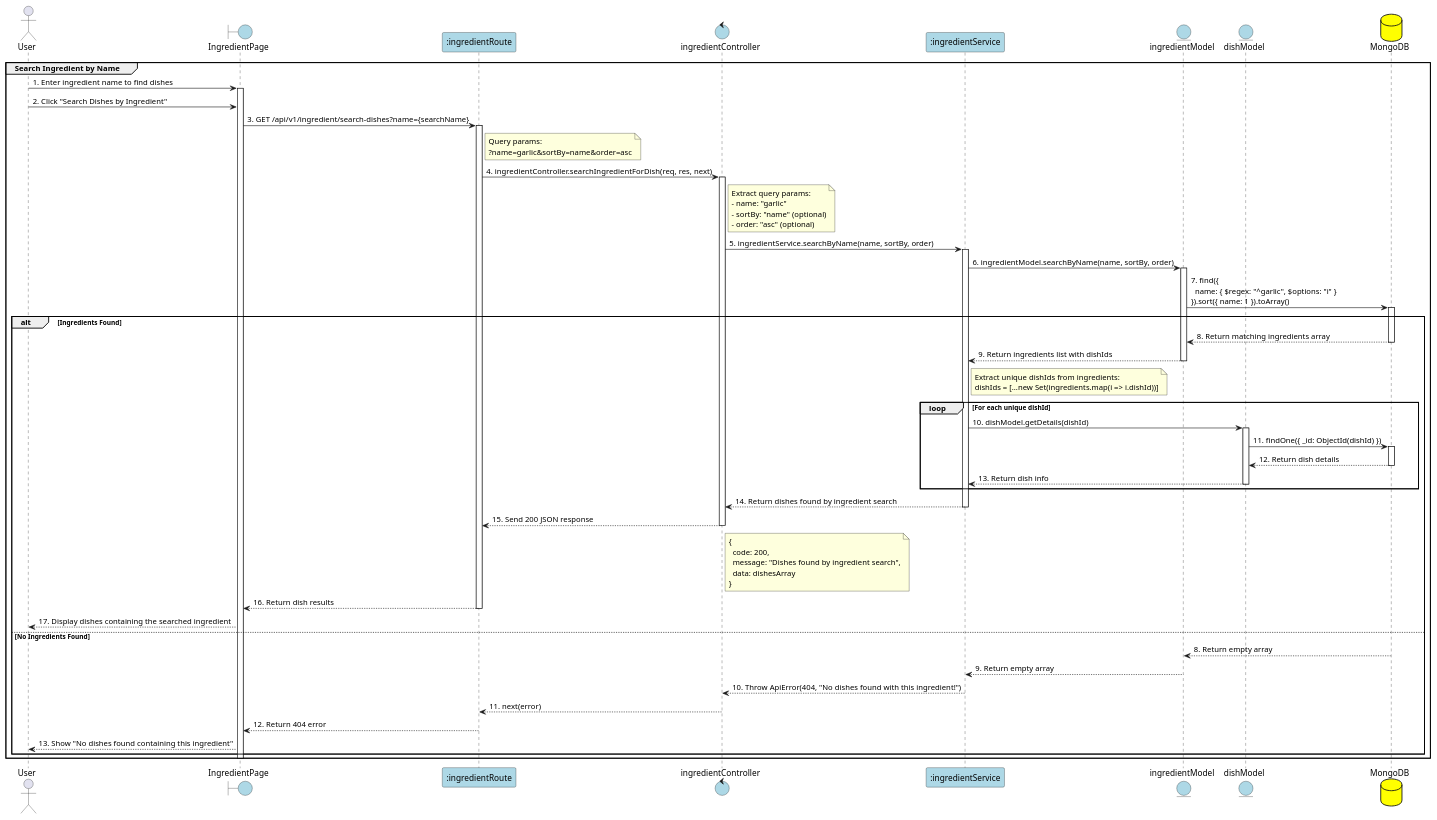
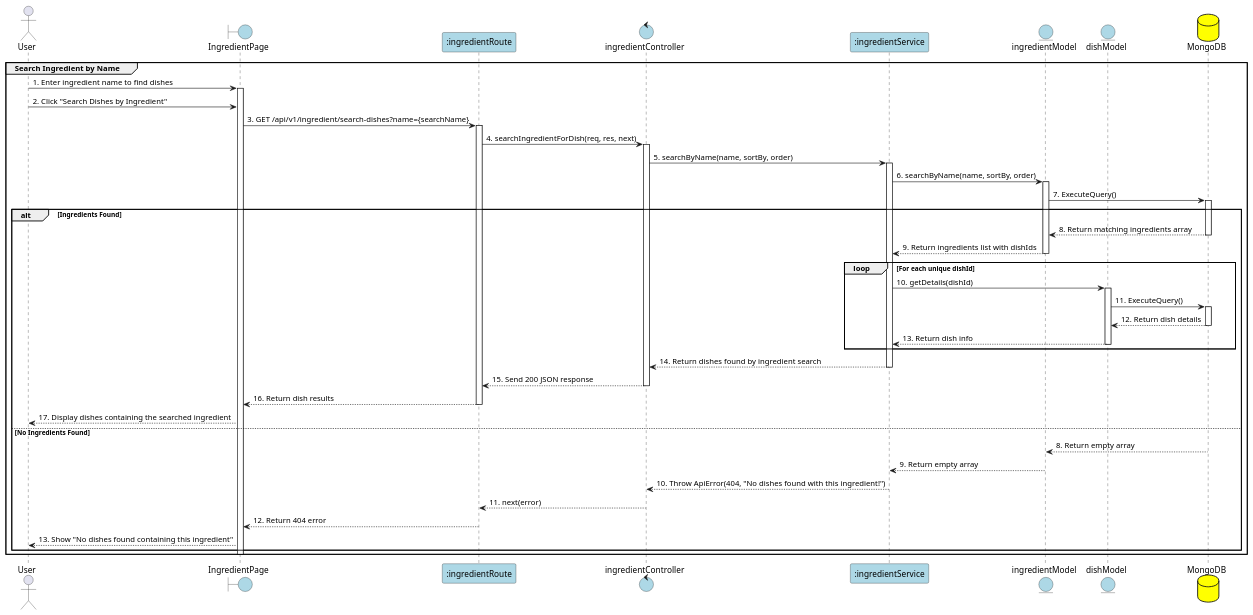
Before and after one commit to Aohkne/CaloCook: the diagram in PlanUML/28_SearchIngredient.puml, drawn with PlantUML. The commit also changed 11 other files, not shown here.

```diff
--- a/PlanUML/28_SearchIngredient.puml
+++ b/PlanUML/28_SearchIngredient.puml
@@ -1,94 +1,90 @@
 @startuml SearchIngredient
 
 actor "User" as User
 boundary "IngredientPage" as View #lightblue
 participant ":ingredientRoute" as Route #lightblue
 control "ingredientController" as Controller #lightblue
 participant ":ingredientService" as Service #lightblue
 entity "ingredientModel" as IngredientModel #lightblue
 entity "dishModel" as DishModel #lightblue
 database "MongoDB" as MongoDB #yellow
 
 group Search Ingredient by Name
 
 User -> View: 1. Enter ingredient name to find dishes
 activate View
 
 User -> View: 2. Click "Search Dishes by Ingredient"
 View -> Route: 3. GET /api/v1/ingredient/search-dishes?name={searchName}
 activate Route
 
-note right of Route: Query params:\n?name=garlic&sortBy=name&order=asc
 
-Route -> Controller: 4. ingredientController.searchIngredientForDish(req, res, next)
+Route -> Controller: 4. searchIngredientForDish(req, res, next)
 activate Controller
 
-note right of Controller: Extract query params:\n- name: "garlic"\n- sortBy: "name" (optional)\n- order: "asc" (optional)
 
-Controller -> Service: 5. ingredientService.searchByName(name, sortBy, order)
+Controller -> Service: 5. searchByName(name, sortBy, order)
 activate Service
 
-Service -> IngredientModel: 6. ingredientModel.searchByName(name, sortBy, order)
+Service -> IngredientModel: 6. searchByName(name, sortBy, order)
 activate IngredientModel
 
-IngredientModel -> MongoDB: 7. find({\n  name: { $regex: "^garlic", $options: "i" }\n}).sort({ name: 1 }).toArray()
+IngredientModel -> MongoDB: 7. ExecuteQuery()
 activate MongoDB
 
 alt Ingredients Found
     MongoDB --> IngredientModel: 8. Return matching ingredients array
     deactivate MongoDB
     
     IngredientModel --> Service: 9. Return ingredients list with dishIds
     deactivate IngredientModel
     
-    note right of Service: Extract unique dishIds from ingredients:\ndishIds = [...new Set(ingredients.map(i => i.dishId))]
     
     loop For each unique dishId
-        Service -> DishModel: 10. dishModel.getDetails(dishId)
+        Service -> DishModel: 10. getDetails(dishId)
         activate DishModel
         
-        DishModel -> MongoDB: 11. findOne({ _id: ObjectId(dishId) })
+        DishModel -> MongoDB: 11. ExecuteQuery()
         activate MongoDB
         
         MongoDB --> DishModel: 12. Return dish details
         deactivate MongoDB
         
         DishModel --> Service: 13. Return dish info
         deactivate DishModel
     end
     
     Service --> Controller: 14. Return dishes found by ingredient search
     deactivate Service
     
     Controller --> Route: 15. Send 200 JSON response
-    note right of Controller: {\n  code: 200,\n  message: "Dishes found by ingredient search",\n  data: dishesArray\n}
     deactivate Controller
     
     Route --> View: 16. Return dish results
     deactivate Route
     
     View --> User: 17. Display dishes containing the searched ingredient
     
 else No Ingredients Found
     MongoDB --> IngredientModel: 8. Return empty array
     deactivate MongoDB
     
     IngredientModel --> Service: 9. Return empty array
     deactivate IngredientModel
     
     Service --> Controller: 10. Throw ApiError(404, "No dishes found with this ingredient!")
     deactivate Service
     
     Controller --> Route: 11. next(error)
     deactivate Controller
     
     Route --> View: 12. Return 404 error
     deactivate Route
     
     View --> User: 13. Show "No dishes found containing this ingredient"
 end
 
 deactivate View
 end
 
 @enduml
```
